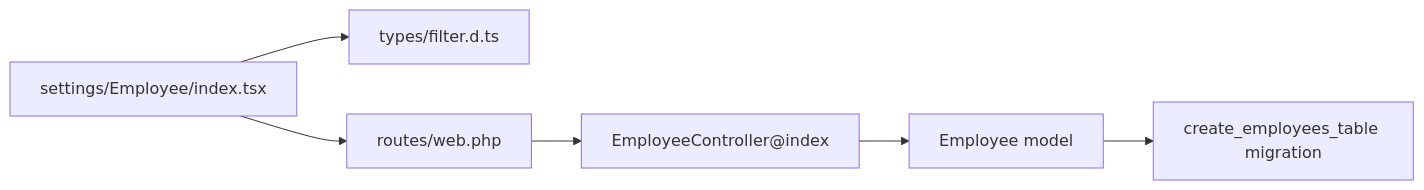
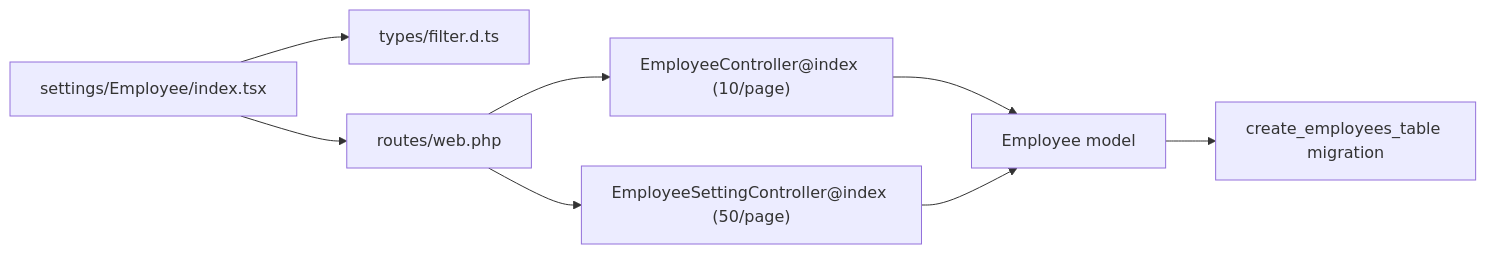
The third of 3 diagrams in .qoder/repowiki/en/content/Employee Management/Employee Search and Filtering.md (vincet0t15/template), drawn with Mermaid before and after one commit. The commit also changed other lines of this file and 7 other files, not shown here.

````diff
--- a/.qoder/repowiki/en/content/Employee Management/Employee Search and Filtering.md
+++ b/.qoder/repowiki/en/content/Employee Management/Employee Search and Filtering.md
@@ -259,8 +390,10 @@
 ```mermaid
 graph LR
 FE_Index["settings/Employee/index.tsx"] --> FE_FilterTypes["types/filter.d.ts"]
 FE_Index --> BE_Routes["routes/web.php"]
-BE_Routes --> BE_Controller["EmployeeController@index"]
-BE_Controller --> BE_Model["Employee model"]
+BE_Routes --> BE_BasicController["EmployeeController@index (10/page)"]
+BE_Routes --> BE_SettingController["EmployeeSettingController@index (50/page)"]
+BE_BasicController --> BE_Model["Employee model"]
+BE_SettingController --> BE_Model
 BE_Model --> BE_Migration["create_employees_table migration"]
 ```
````
